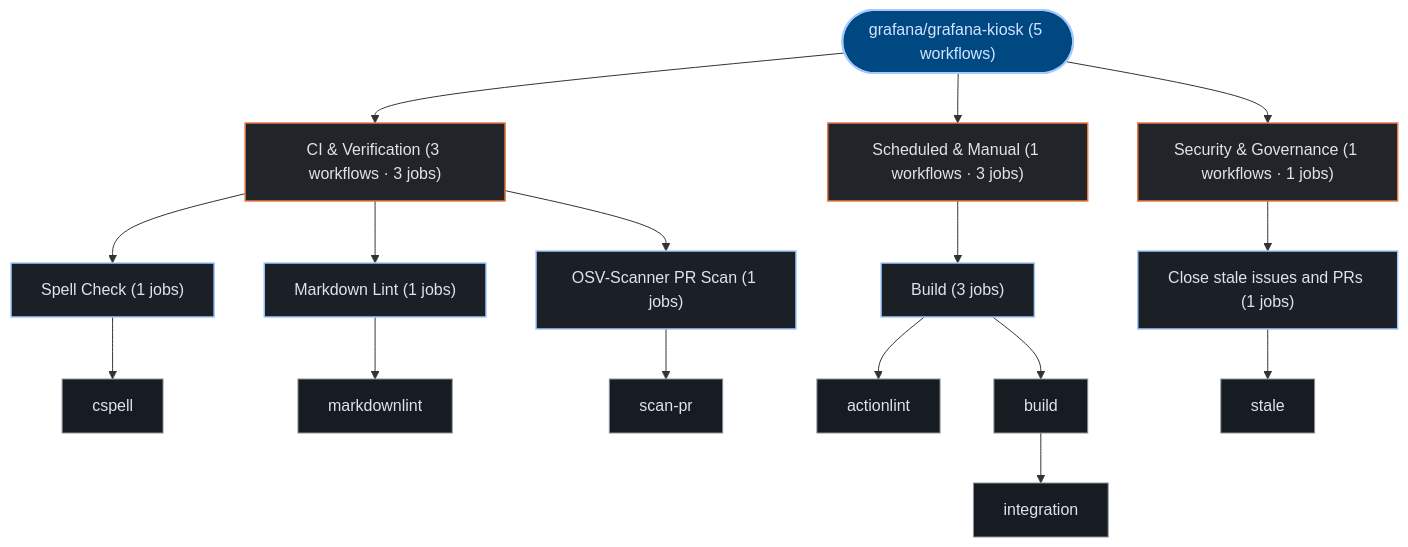
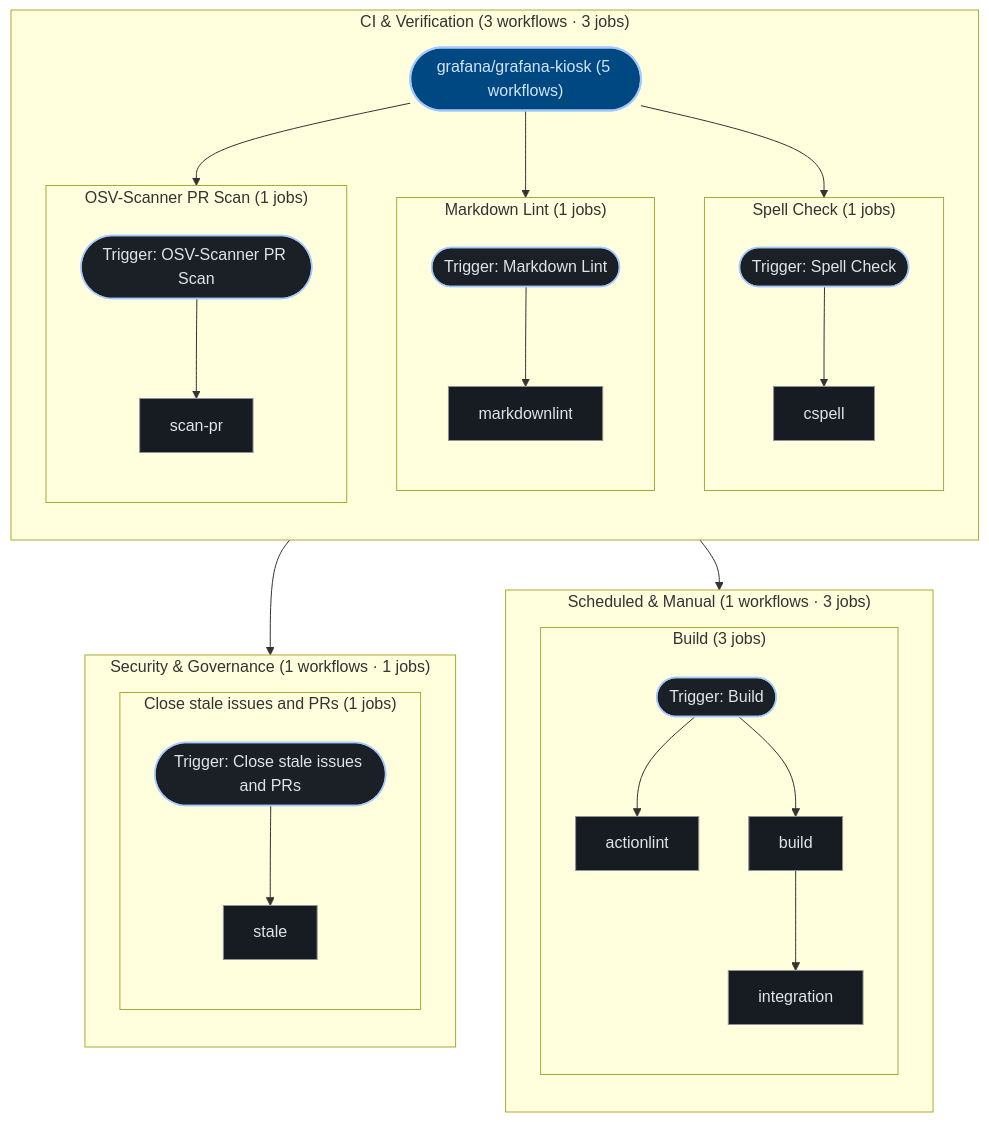
The third of 3 diagrams in exports/latest/reports/grafana-grafana-kiosk-report.md (kumarshaz/atruss-code-atlas), drawn with Mermaid before and after one commit. The commit also changed 181 other files, not shown here.

````diff
--- a/exports/latest/reports/grafana-grafana-kiosk-report.md
+++ b/exports/latest/reports/grafana-grafana-kiosk-report.md
@@ -198,41 +198,59 @@
 ```mermaid
 graph TD;
   classDef atlasRoot fill:#004882,stroke:#a3c9ff,stroke-width:2px,color:#d3e4ff
   classDef atlasCategory fill:#212428,stroke:#E87A48,stroke-width:1.5px,color:#dfe3eb
   classDef atlasWorkflow fill:#1b2026,stroke:#a3c9ff,stroke-width:1.5px,color:#dfe3eb
   classDef atlasJob fill:#171c22,stroke:#8d9199,stroke-width:1px,color:#dfe3eb
   classDef atlasTarget fill:#005227,stroke:#8bd99b,stroke-width:1.5px,color:#a7f6b6
   classDef atlasAlert fill:#93000a,stroke:#ffb4ab,stroke-width:1.5px,color:#ffdad6
   classDef atlasMore fill:#252a31,stroke:#8d9199,stroke-dasharray:4 4,color:#c3c6cf
   pipeline_root(["grafana/grafana-kiosk (5 workflows)"]):::atlasRoot
-  grp_0_CI___Verification["CI & Verification (3 workflows · 3 jobs)"]:::atlasCategory
-  pipeline_root --> grp_0_CI___Verification
-  wf_1_Spell_Check["Spell Check (1 jobs)"]:::atlasWorkflow
-  grp_0_CI___Verification --> wf_1_Spell_Check
-  job_1_cspell["cspell"]:::atlasJob
-  wf_1_Spell_Check --> job_1_cspell
-  wf_2_Markdown_Lint["Markdown Lint (1 jobs)"]:::atlasWorkflow
-  grp_0_CI___Verification --> wf_2_Markdown_Lint
-  job_2_markdownlint["markdownlint"]:::atlasJob
-  wf_2_Markdown_Lint --> job_2_markdownlint
-  wf_3_OSV_Scanner_PR_Scan["OSV-Scanner PR Scan (1 jobs)"]:::atlasWorkflow
-  grp_0_CI___Verification --> wf_3_OSV_Scanner_PR_Scan
-  job_3_scan_pr["scan-pr"]:::atlasJob
-  wf_3_OSV_Scanner_PR_Scan --> job_3_scan_pr
-  grp_1_Scheduled___Manual["Scheduled & Manual (1 workflows · 3 jobs)"]:::atlasCategory
-  pipeline_root --> grp_1_Scheduled___Manual
-  wf_0_Build["Build (3 jobs)"]:::atlasWorkflow
-  grp_1_Scheduled___Manual --> wf_0_Build
-  job_0_actionlint["actionlint"]:::atlasJob
-  job_0_build["build"]:::atlasJob
-  job_0_integration["integration"]:::atlasJob
-  wf_0_Build --> job_0_actionlint
-  wf_0_Build --> job_0_build
-  job_0_build --> job_0_integration
-  grp_2_Security___Governance["Security & Governance (1 workflows · 1 jobs)"]:::atlasCategory
-  pipeline_root --> grp_2_Security___Governance
-  wf_4_Close_stale_issues_and_PRs["Close stale issues and PRs (1 jobs)"]:::atlasWorkflow
-  grp_2_Security___Governance --> wf_4_Close_stale_issues_and_PRs
-  job_4_stale["stale"]:::atlasJob
-  wf_4_Close_stale_issues_and_PRs --> job_4_stale
+  subgraph sg_grp_0_CI___Verification["CI & Verification (3 workflows · 3 jobs)"]
+    direction TB
+    subgraph sg_wf_1_Spell_Check["Spell Check (1 jobs)"]
+      direction TB
+      wf_1_Spell_Check(["Trigger: Spell Check"]):::atlasWorkflow
+      job_1_cspell["cspell"]:::atlasJob
+      wf_1_Spell_Check --> job_1_cspell
+    end
+    pipeline_root --> wf_1_Spell_Check
+    subgraph sg_wf_2_Markdown_Lint["Markdown Lint (1 jobs)"]
+      direction TB
+      wf_2_Markdown_Lint(["Trigger: Markdown Lint"]):::atlasWorkflow
+      job_2_markdownlint["markdownlint"]:::atlasJob
+      wf_2_Markdown_Lint --> job_2_markdownlint
+    end
+    pipeline_root --> wf_2_Markdown_Lint
+    subgraph sg_wf_3_OSV_Scanner_PR_Scan["OSV-Scanner PR Scan (1 jobs)"]
+      direction TB
+      wf_3_OSV_Scanner_PR_Scan(["Trigger: OSV-Scanner PR Scan"]):::atlasWorkflow
+      job_3_scan_pr["scan-pr"]:::atlasJob
+      wf_3_OSV_Scanner_PR_Scan --> job_3_scan_pr
+    end
+    pipeline_root --> wf_3_OSV_Scanner_PR_Scan
+  end
+  subgraph sg_grp_1_Scheduled___Manual["Scheduled & Manual (1 workflows · 3 jobs)"]
+    direction TB
+    subgraph sg_wf_0_Build["Build (3 jobs)"]
+      direction TB
+      wf_0_Build(["Trigger: Build"]):::atlasWorkflow
+      job_0_actionlint["actionlint"]:::atlasJob
+      job_0_build["build"]:::atlasJob
+      job_0_integration["integration"]:::atlasJob
+      wf_0_Build --> job_0_actionlint
+      wf_0_Build --> job_0_build
+      job_0_build --> job_0_integration
+    end
+    pipeline_root --> wf_0_Build
+  end
+  subgraph sg_grp_2_Security___Governance["Security & Governance (1 workflows · 1 jobs)"]
+    direction TB
+    subgraph sg_wf_4_Close_stale_issues_and_PRs["Close stale issues and PRs (1 jobs)"]
+      direction TB
+      wf_4_Close_stale_issues_and_PRs(["Trigger: Close stale issues and PRs"]):::atlasWorkflow
+      job_4_stale["stale"]:::atlasJob
+      wf_4_Close_stale_issues_and_PRs --> job_4_stale
+    end
+    pipeline_root --> wf_4_Close_stale_issues_and_PRs
+  end
 ```
````
